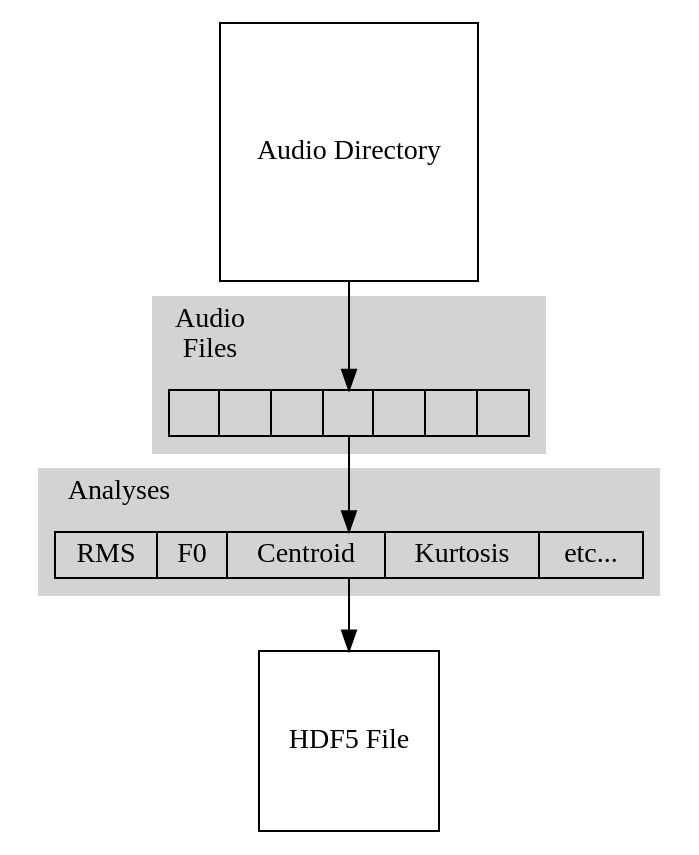
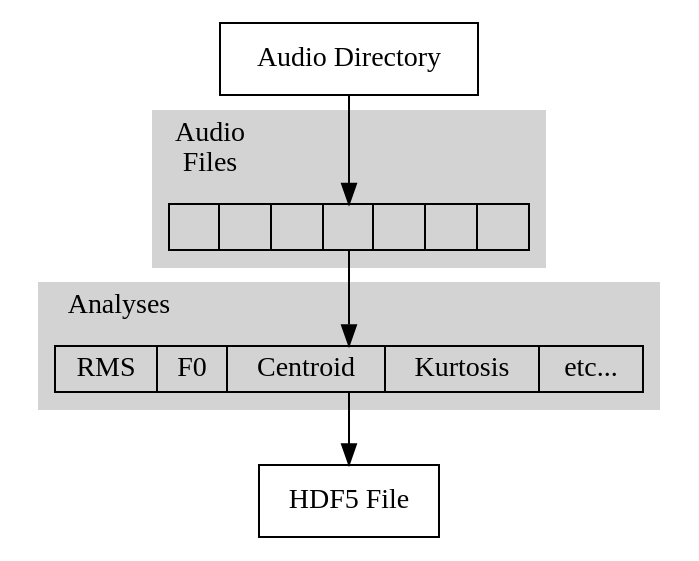
One commit to Pezz89/PySoundConcat changed the second of 4 diagrams in src/sppysound/docs/overview.rst. Above: the diagram before and after it, drawn with Graphviz. The commit also changed other lines of this file and 1 other file, not shown here.

```diff
--- a/src/sppysound/docs/overview.rst
+++ b/src/sppysound/docs/overview.rst
@@ -20,26 +31,26 @@
 .. graphviz::
 
    digraph b {
       subgraph cluster0 {
         style=filled;
         color=lightgrey;
         node [shape=record,width=.1,height=.1];
         node0 [label = "<f0> | <f1> | <f2> | <f3> | <f4> | <f5> | <f6> ",width=2.5]
         label = "Audio\nFiles";
         labeljust="l";
       }
 
       subgraph cluster2 {
         style=filled;
         color=lightgrey;
         node [shape=record,width=.1,height=.1];
         node2 [label = "RMS | F0 | Centroid | Kurtosis | etc..."]
         label = "Analyses";
         labeljust="l";
       }
-    database[shape=square, label="Audio Directory"];
-    HDF[shape=square, label="HDF5 File"];
+    database[shape=rectangle, label="Audio Directory"];
+    HDF[shape=rectangle, label="HDF5 File"];
     database -> node0;
     node0 -> node2;
     node2 -> HDF
    }
```
